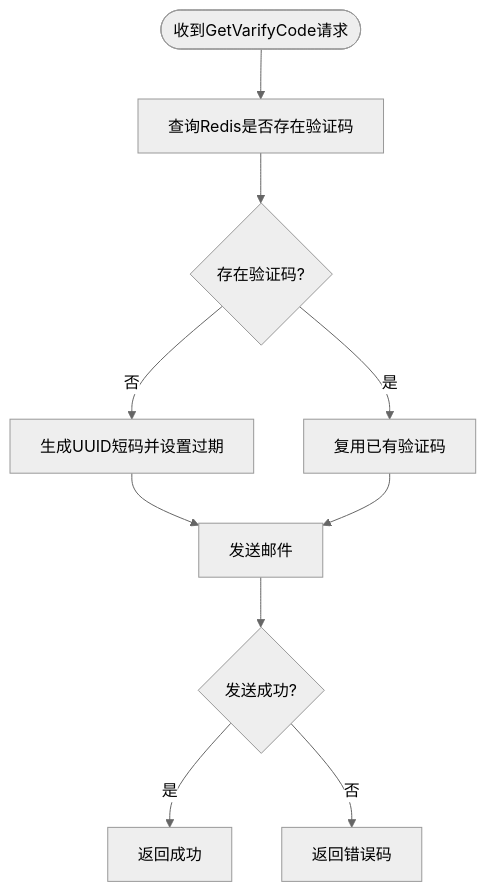
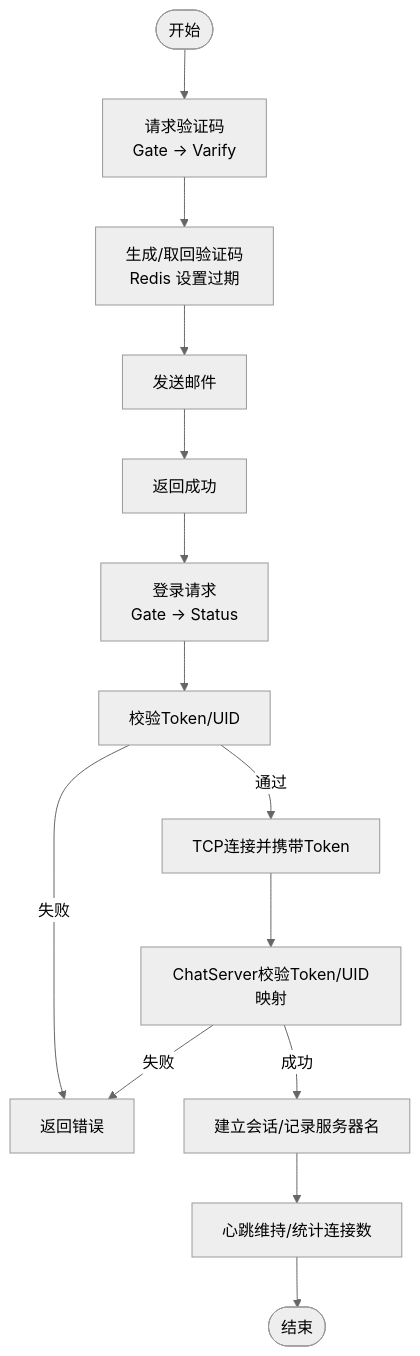
Before and after one commit to echo9923/mychatter: the third of 5 diagrams in .qoder/repowiki/zh/content/安全设计/安全设计.md, drawn with Mermaid (neutral theme). The commit also changed other lines of this file and 526 other files, not shown here.

````diff
--- a/.qoder/repowiki/zh/content/安全设计/安全设计.md
+++ b/.qoder/repowiki/zh/content/安全设计/安全设计.md
@@ -135,12 +136,16 @@
 ```mermaid
 flowchart TD
-Start(["收到GetVarifyCode请求"]) --> CheckRedis["查询Redis是否存在验证码"]
-CheckRedis --> HasCode{"存在验证码?"}
-HasCode --> |是| UseCode["复用已有验证码"]
-HasCode --> |否| GenCode["生成UUID短码并设置过期"]
+Start(["开始"]) --> ReqCode["请求验证码<br/>Gate -> Varify"]
+ReqCode --> GenCode["生成/取回验证码<br/>Redis 设置过期"]
 GenCode --> SendMail["发送邮件"]
-UseCode --> SendMail
-SendMail --> Result{"发送成功?"}
-Result --> |是| ReturnOK["返回成功"]
-Result --> |否| ReturnErr["返回错误码"]
+SendMail --> RespCode["返回成功"]
+RespCode --> LoginReq["登录请求<br/>Gate -> Status"]
+LoginReq --> CheckToken["校验Token/UID"]
+CheckToken --> |通过| TcpConnect["TCP连接并携带Token"]
+CheckToken --> |失败| Fail["返回错误"]
+TcpConnect --> Validate["ChatServer校验Token/UID映射"]
+Validate --> |成功| Session["建立会话/记录服务器名"]
+Validate --> |失败| Fail
+Session --> Heartbeat["心跳维持/统计连接数"]
+Heartbeat --> End(["结束"])
 ```
````
